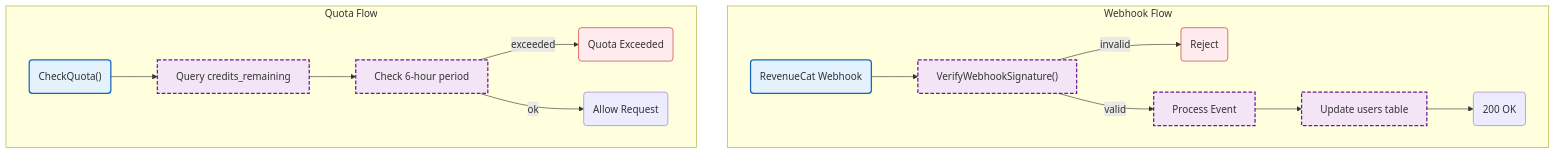
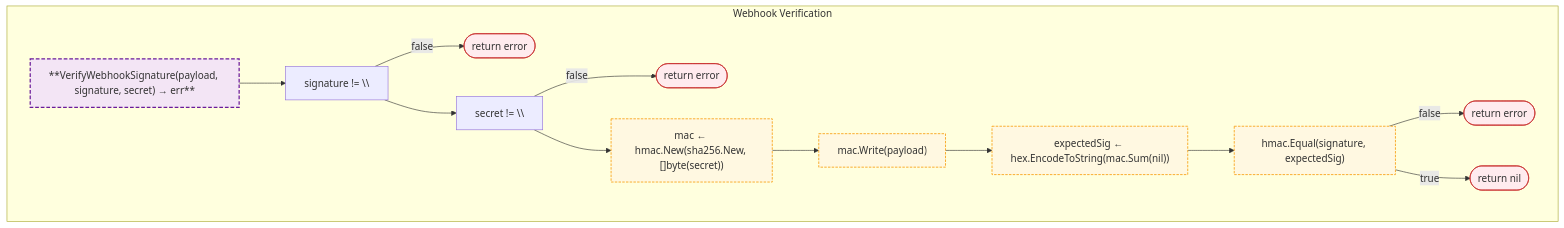
Before and after one commit to radch-ai/ava: the first of 2 diagrams in docs/internal/billing.md, drawn with Mermaid. The commit also changed other lines of this file and 24 other files, not shown here.

````diff
--- a/docs/internal/billing.md
+++ b/docs/internal/billing.md
@@ -7,25 +7,30 @@
 ```mermaid
 flowchart TB
-    subgraph WebhookFlow ["Webhook Flow"]
-        Webhook("RevenueCat Webhook") --> Verify["VerifyWebhookSignature()"]
-        Verify -->|invalid| Reject("Reject")
-        Verify -->|valid| Process["Process Event"]
-        Process --> UpdateDB["Update users table"]
-        UpdateDB --> OK("200 OK")
+    subgraph SGVerify ["Webhook Verification"]
+        HVStart["**VerifyWebhookSignature(payload, signature, secret) → err**"]
+        HVStart --> CheckSig["signature != \"\""]
+        CheckSig -->|false| ESigEmpty(["return error"])
+        CheckSig --> CheckSecret["secret != \"\""]
+        CheckSecret -->|false| ESecretEmpty(["return error"])
+        CheckSecret --> NewMAC["mac ← hmac.New(sha256.New, []byte(secret))"]
+        NewMAC --> Write["mac.Write(payload)"]
+        Write --> Expected["expectedSig ← hex.EncodeToString(mac.Sum(nil))"]
+        Expected --> Equal["hmac.Equal(signature, expectedSig)"]
+        Equal -->|false| EInvalid(["return error"])
+        Equal -->|true| VOK(["return nil"])
     end
 
-    subgraph QuotaFlow ["Quota Flow"]
-        Check("CheckQuota()") --> QueryDB["Query credits_remaining"]
-        QueryDB --> CheckPeriod["Check 6-hour period"]
-        CheckPeriod -->|exceeded| QuotaErr("Quota Exceeded")
-        CheckPeriod -->|ok| Allow("Allow Request")
-    end
+    click NewMAC href "https://pkg.go.dev/crypto/hmac#New"
+    click Write href "https://pkg.go.dev/hash#Hash.Write"
+    click Expected href "https://pkg.go.dev/encoding/hex#EncodeToString"
+    click Equal href "https://pkg.go.dev/crypto/hmac#Equal"
 
     classDef mainFn fill:#e3f2fd,stroke:#1565c0,stroke-width:2px
     classDef internalFn fill:#f3e5f5,stroke:#6a1b9a,stroke-width:2px,stroke-dasharray:6 3
+    classDef localPkgs fill:#fff8e1,stroke:#f9a825,stroke-width:1.5px,stroke-dasharray:4 2
     classDef errorFlow fill:#ffebee,stroke:#c62828,stroke-width:1px
 
-    class Webhook,Check mainFn
-    class Reject,QuotaErr errorFlow
-    class Verify,Process,UpdateDB,QueryDB,CheckPeriod internalFn
+    class HVStart internalFn
+    class NewMAC,Write,Expected,Equal localPkgs
+    class ESigEmpty,ESecretEmpty,EInvalid,VOK errorFlow
 ```
````
